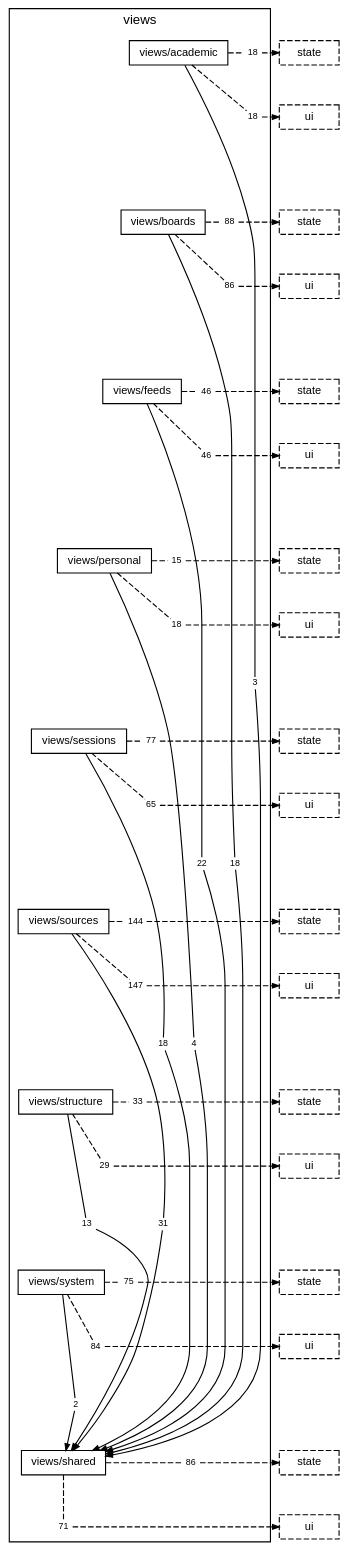
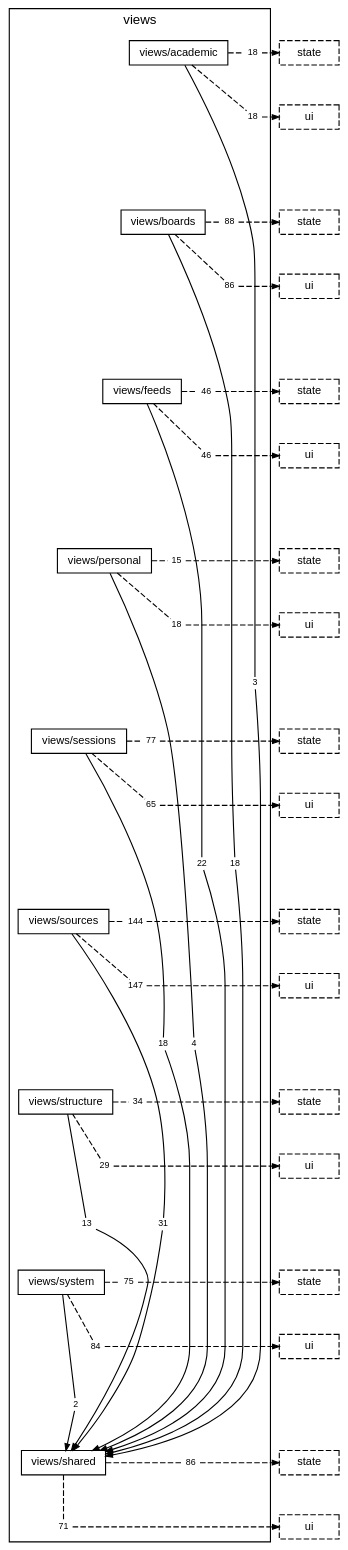
The diagram in docs/diagrams/layer-views.dot (TheAxeC/oculus), drawn with Graphviz before and after one commit. The commit also changed 21 other files, not shown here.

```diff
--- a/docs/diagrams/layer-views.dot
+++ b/docs/diagrams/layer-views.dot
@@ -32,7 +32,7 @@
         "folder views/sources to layer state" [label="144", shape=box, color="transparent", fontsize=8, width=0, height=0, margin="0.04,0.02"];
         "folder views/sources to layer ui" [label="147", shape=box, color="transparent", fontsize=8, width=0, height=0, margin="0.04,0.02"];
         "folder views/structure to folder views/shared" [label="13", shape=box, color="transparent", fontsize=8, width=0, height=0, margin="0.04,0.02"];
-        "folder views/structure to layer state" [label="33", shape=box, color="transparent", fontsize=8, width=0, height=0, margin="0.04,0.02"];
+        "folder views/structure to layer state" [label="34", shape=box, color="transparent", fontsize=8, width=0, height=0, margin="0.04,0.02"];
         "folder views/structure to layer ui" [label="29", shape=box, color="transparent", fontsize=8, width=0, height=0, margin="0.04,0.02"];
         "folder views/system to folder views/shared" [label="2", shape=box, color="transparent", fontsize=8, width=0, height=0, margin="0.04,0.02"];
         "folder views/system to layer state" [label="75", shape=box, color="transparent", fontsize=8, width=0, height=0, margin="0.04,0.02"];
```
